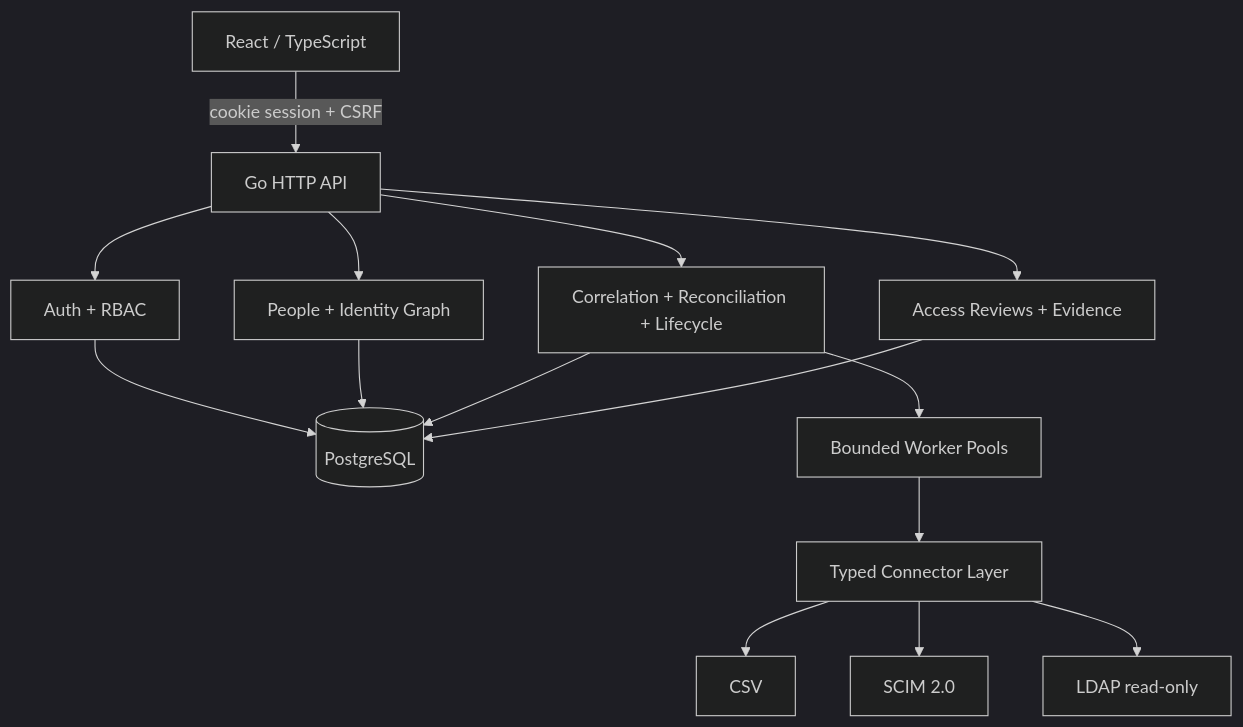
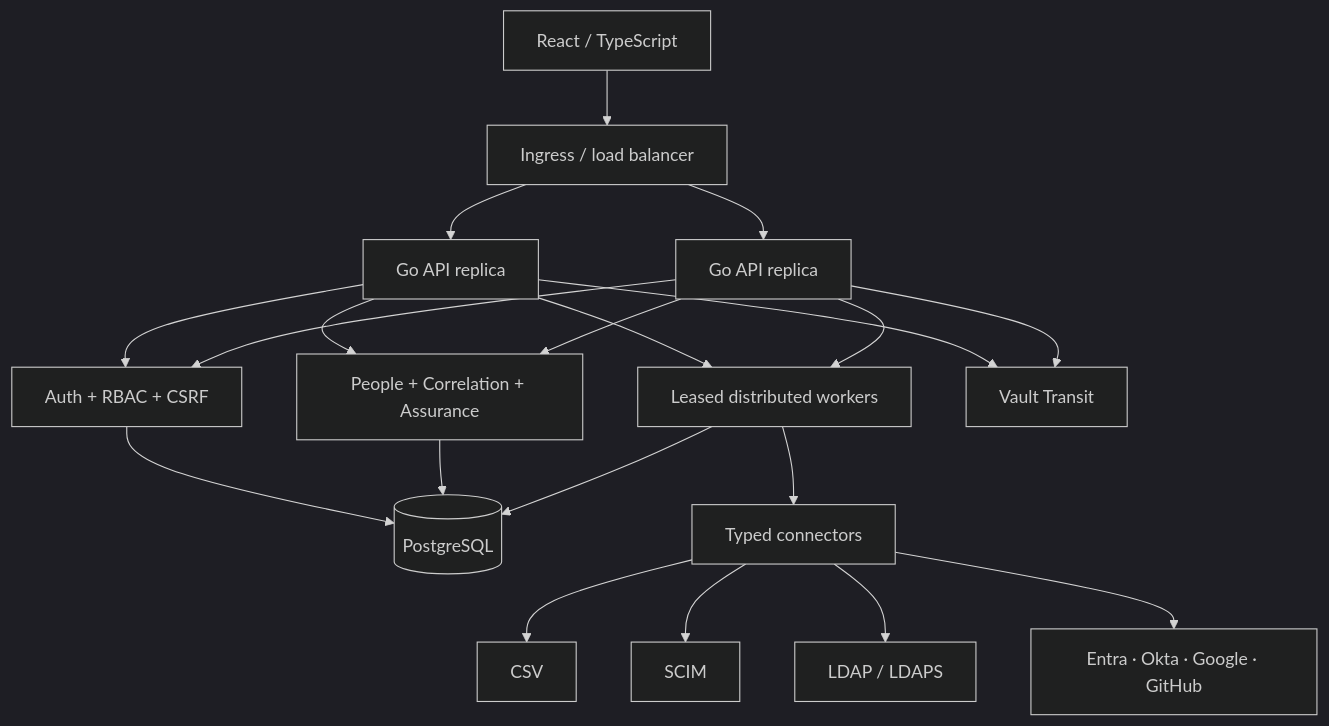
The first of 2 diagrams in docs/architecture.md (thiagomontozo/identitymesh), drawn with Mermaid (dark theme) before and after one commit. The commit also changed other lines of this file and 294 other files, not shown here.

````diff
--- a/docs/architecture.md
+++ b/docs/architecture.md
@@ -5,14 +5,16 @@
 ```mermaid
 flowchart TB
-  Browser[React / TypeScript] -->|cookie session + CSRF| API[Go HTTP API]
-  API --> Auth[Auth + RBAC]
-  API --> People[People + Identity Graph]
-  API --> Assurance[Correlation + Reconciliation + Lifecycle]
-  API --> Reviews[Access Reviews + Evidence]
-  Auth & People & Assurance & Reviews --> PG[(PostgreSQL)]
-  Assurance --> Pool[Bounded Worker Pools]
-  Pool --> Connectors[Typed Connector Layer]
+  Browser[React / TypeScript] --> LB[Ingress / load balancer]
+  LB --> API1[Go API replica]
+  LB --> API2[Go API replica]
+  API1 & API2 --> Auth[Auth + RBAC + CSRF]
+  API1 & API2 --> Domain[People + Correlation + Assurance]
+  API1 & API2 --> Jobs[Leased distributed workers]
+  Auth & Domain & Jobs --> PG[(PostgreSQL)]
+  API1 & API2 --> Vault[Vault Transit]
+  Jobs --> Connectors[Typed connectors]
   Connectors --> CSV[CSV]
-  Connectors --> SCIM[SCIM 2.0]
-  Connectors --> LDAP[LDAP read-only]
+  Connectors --> SCIM[SCIM]
+  Connectors --> LDAP[LDAP / LDAPS]
+  Connectors --> Native[Entra · Okta · Google · GitHub]
 ```
````
